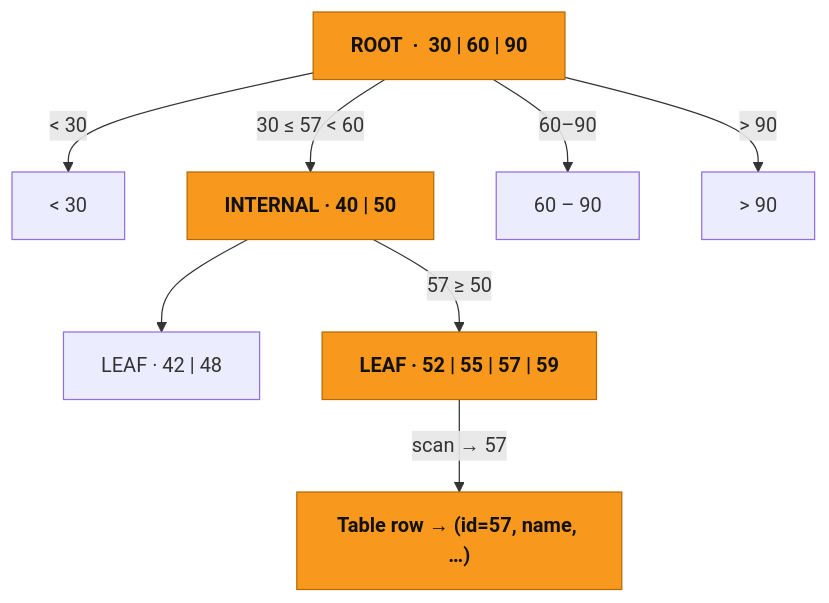
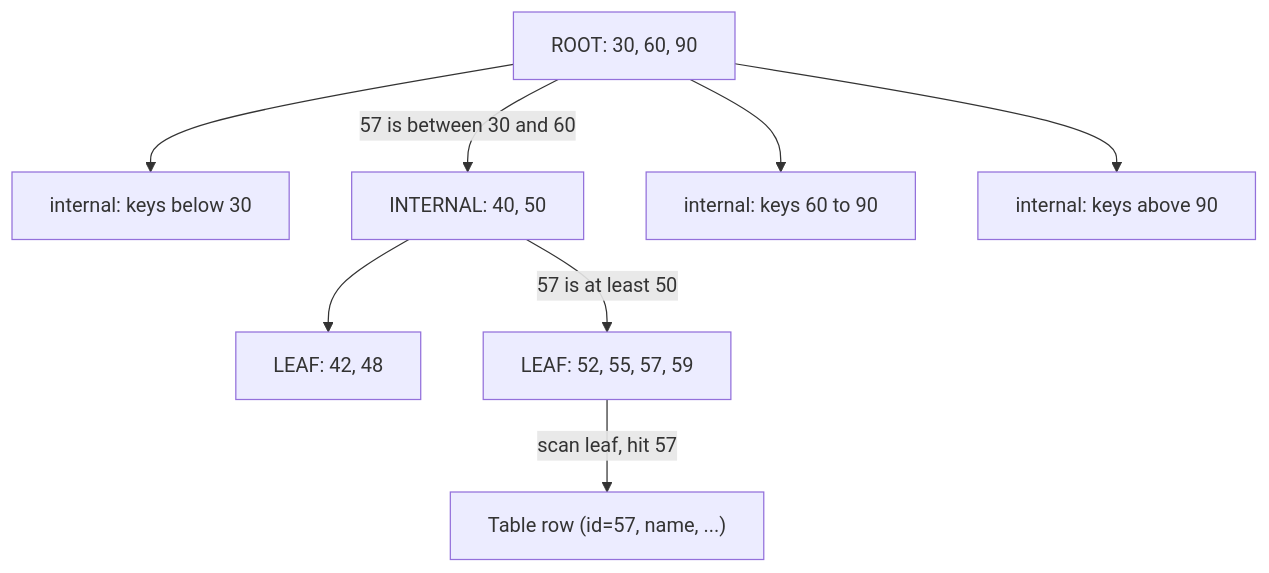
One commit to mohammad-mriesh-job/cortex changed the second of 3 diagrams in src/modules/database/content/06-performance/01-how-indexes-work.md. Above: the diagram before and after it, drawn with Mermaid. The commit also changed other lines of this file and 257 other files, not shown here.

````diff
--- a/src/modules/database/content/06-performance/01-how-indexes-work.md
+++ b/src/modules/database/content/06-performance/01-how-indexes-work.md
@@ -46,20 +46,18 @@
 ```mermaid
 flowchart TD
-  Root["ROOT&nbsp;&nbsp;·&nbsp;&nbsp;30 | 60 | 90"]
-  I0["&lt; 30"]
-  I1["INTERNAL&nbsp;·&nbsp;40 | 50"]
-  I2["60 – 90"]
-  I3["&gt; 90"]
-  L1["LEAF · 42 | 48"]
-  L2["LEAF · 52 | 55 | 57 | 59"]
-  Row["Table row&nbsp;→&nbsp;(id=57, name, …)"]
-  Root -->|"&lt; 30"| I0
-  Root -->|"30 ≤ 57 &lt; 60"| I1
-  Root -->|"60–90"| I2
-  Root -->|"&gt; 90"| I3
+  Root["ROOT: 30, 60, 90"]
+  I0["internal: keys below 30"]
+  I1["INTERNAL: 40, 50"]
+  I2["internal: keys 60 to 90"]
+  I3["internal: keys above 90"]
+  L1["LEAF: 42, 48"]
+  L2["LEAF: 52, 55, 57, 59"]
+  Row["Table row (id=57, name, ...)"]
+  Root -->|"57 is between 30 and 60"| I1
+  Root --> I0
+  Root --> I2
+  Root --> I3
   I1 --> L1
-  I1 -->|"57 ≥ 50"| L2
-  L2 -->|"scan → 57"| Row
-  class Root,I1,L2,Row hot;
-  classDef hot fill:#f8981d,stroke:#b56b00,color:#111,font-weight:bold;
+  I1 -->|"57 is at least 50"| L2
+  L2 -->|"scan leaf, hit 57"| Row
 ```
````
